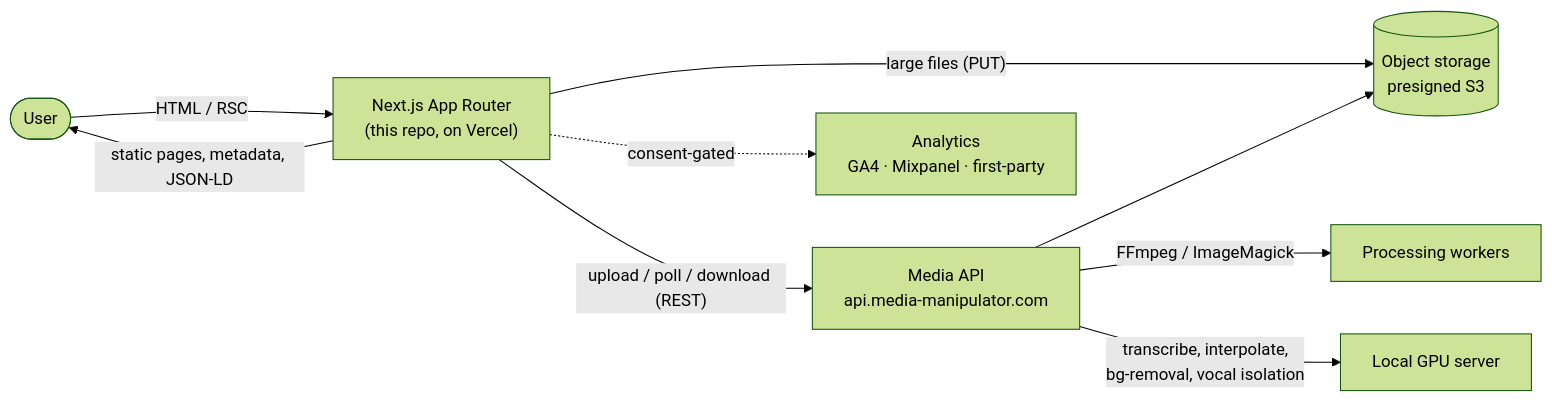
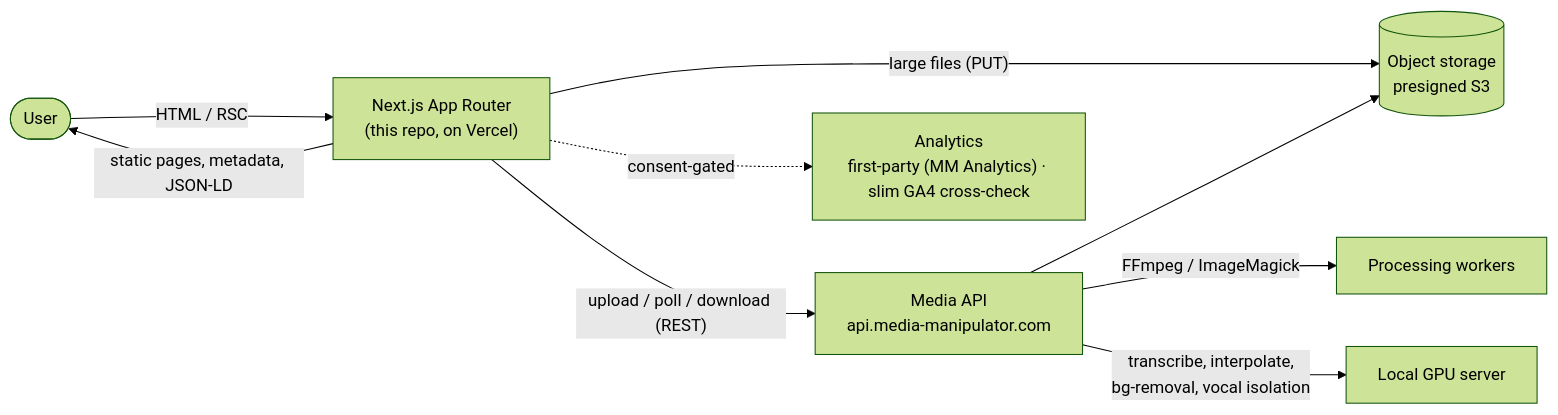
One commit to mrrobotisreal/media_manipulator_ui changed the first of 5 diagrams in README.md. Above: the diagram before and after it, drawn with Mermaid (forest theme). The commit also changed other lines of this file and 93 other files, not shown here.

Commit message:
Add new first party analytics system; part 1 and part 2 implemented so far

````diff
--- a/README.md
+++ b/README.md
@@ -62,11 +62,11 @@
 ```mermaid
 flowchart LR
     U([User]) -->|HTML / RSC| FE["Next.js App Router<br/>(this repo, on Vercel)"]
     FE -->|"static pages, metadata, JSON-LD"| U
     FE -->|"upload / poll / download (REST)"| API["Media API<br/>api.media-manipulator.com"]
     FE -->|"large files (PUT)"| S3[("Object storage<br/>presigned S3")]
     API --> S3
     API -->|"FFmpeg / ImageMagick"| WORK["Processing workers"]
     API -->|"transcribe, interpolate,<br/>bg-removal, vocal isolation"| GPU["Local GPU server"]
-    FE -. "consent-gated" .-> AN["Analytics<br/>GA4 · Mixpanel · first-party"]
+    FE -. "consent-gated" .-> AN["Analytics<br/>first-party (MM Analytics) · slim GA4 cross-check"]
 ```
````
